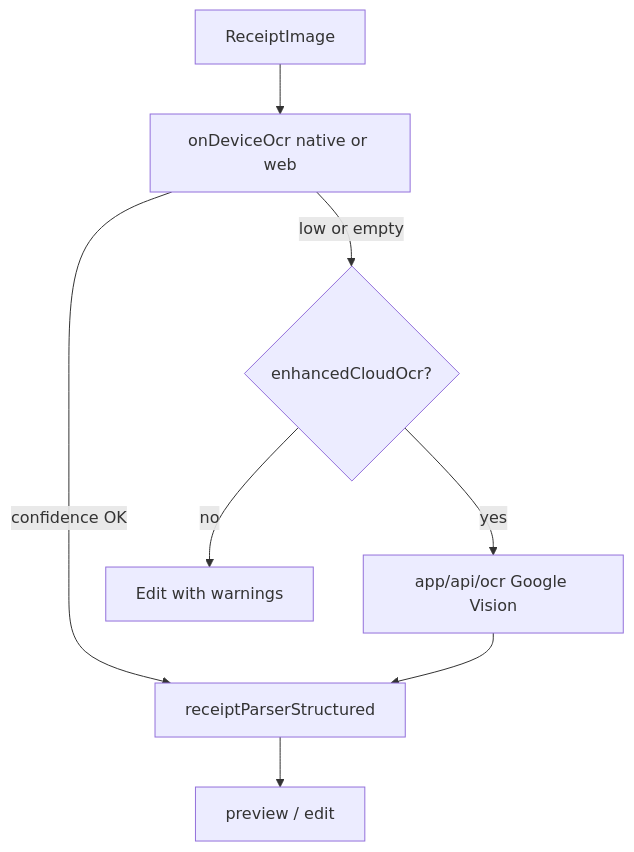
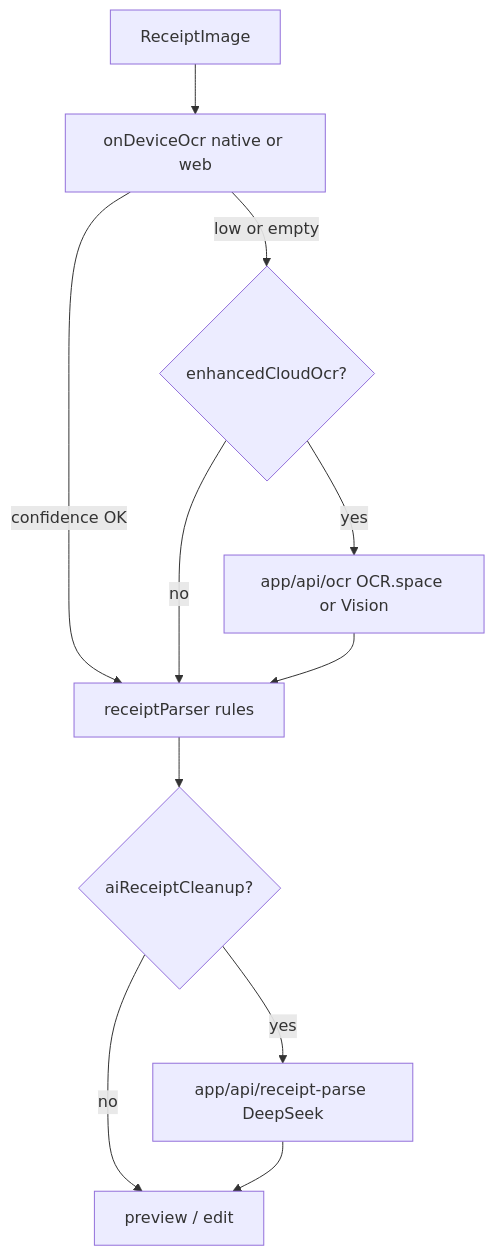
Before and after one commit to paraflix246-pixel/grocery-financial-system: the diagram in docs/GroceryFlow-architecture.md, drawn with Mermaid. The commit also changed other lines of this file and 22 other files, not shown here.

First line of the commit message:
Improve receipt scan completeness with ChatGPT vision and OCR cross-check.

````diff
--- a/docs/GroceryFlow-architecture.md
+++ b/docs/GroceryFlow-architecture.md
@@ -66,10 +66,13 @@
 ```mermaid
 flowchart TD
   image[ReceiptImage] --> onDevice[onDeviceOcr native or web]
-  onDevice -->|confidence OK| parse[receiptParserStructured]
+  onDevice -->|confidence OK| rules[receiptParser rules]
   onDevice -->|low or empty| cloudToggle{enhancedCloudOcr?}
-  cloudToggle -->|yes| vision[app/api/ocr Google Vision]
-  cloudToggle -->|no| manual[Edit with warnings]
-  vision --> parse
-  parse --> preview[preview / edit]
+  cloudToggle -->|yes| cloudOcr[app/api/ocr OCR.space or Vision]
+  cloudToggle -->|no| rules
+  cloudOcr --> rules
+  rules --> aiToggle{aiReceiptCleanup?}
+  aiToggle -->|yes| deepseek[app/api/receipt-parse DeepSeek]
+  aiToggle -->|no| preview[preview / edit]
+  deepseek --> preview
 ```
````
